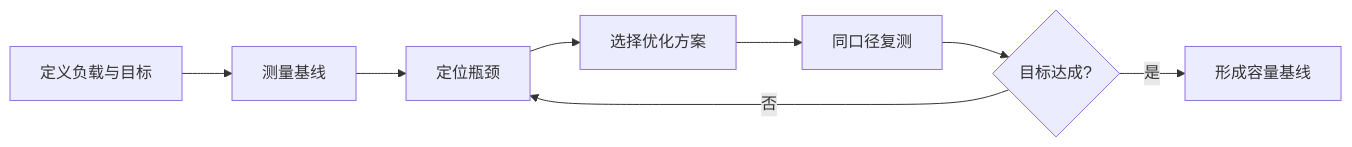
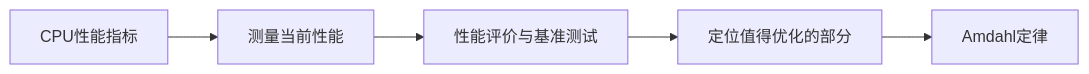
One commit to 74262195/system-architect-notes changed the diagram in 01_综合知识/01_计算机基础知识/01_计算机组成与体系结构/计算机性能指标与Amdahl定律.md. Above: the diagram before and after it, drawn with Mermaid. The commit also changed other lines of this file, not shown here.

Commit message:
refactor: turn broad architecture notes into topic indexes

````diff
--- a/01_综合知识/01_计算机基础知识/01_计算机组成与体系结构/计算机性能指标与Amdahl定律.md
+++ b/01_综合知识/01_计算机基础知识/01_计算机组成与体系结构/计算机性能指标与Amdahl定律.md
@@ -86,10 +20,7 @@
-```mermaid
+~~~mermaid
 flowchart LR
-    A[定义负载与目标] --> B[测量基线]
-    B --> C[定位瓶颈]
-    C --> D[选择优化方案]
-    D --> E[同口径复测]
-    E --> F{目标达成?}
-    F -- 否 --> C
-    F -- 是 --> G[形成容量基线]
-```
+    A[CPU性能指标] --> B[测量当前性能]
+    B --> C[性能评价与基准测试]
+    C --> D[定位值得优化的部分]
+    D --> E[Amdahl定律]
+~~~
````
